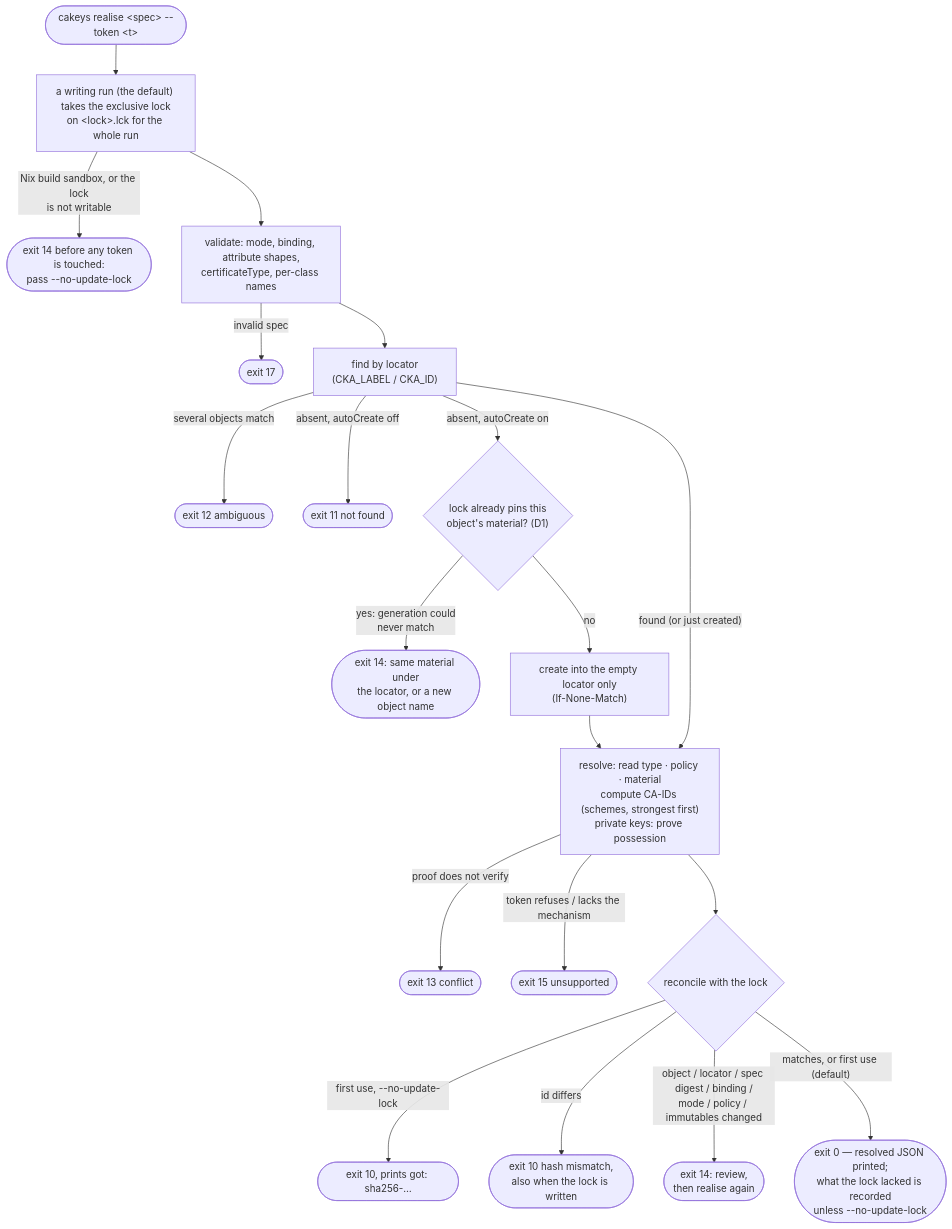
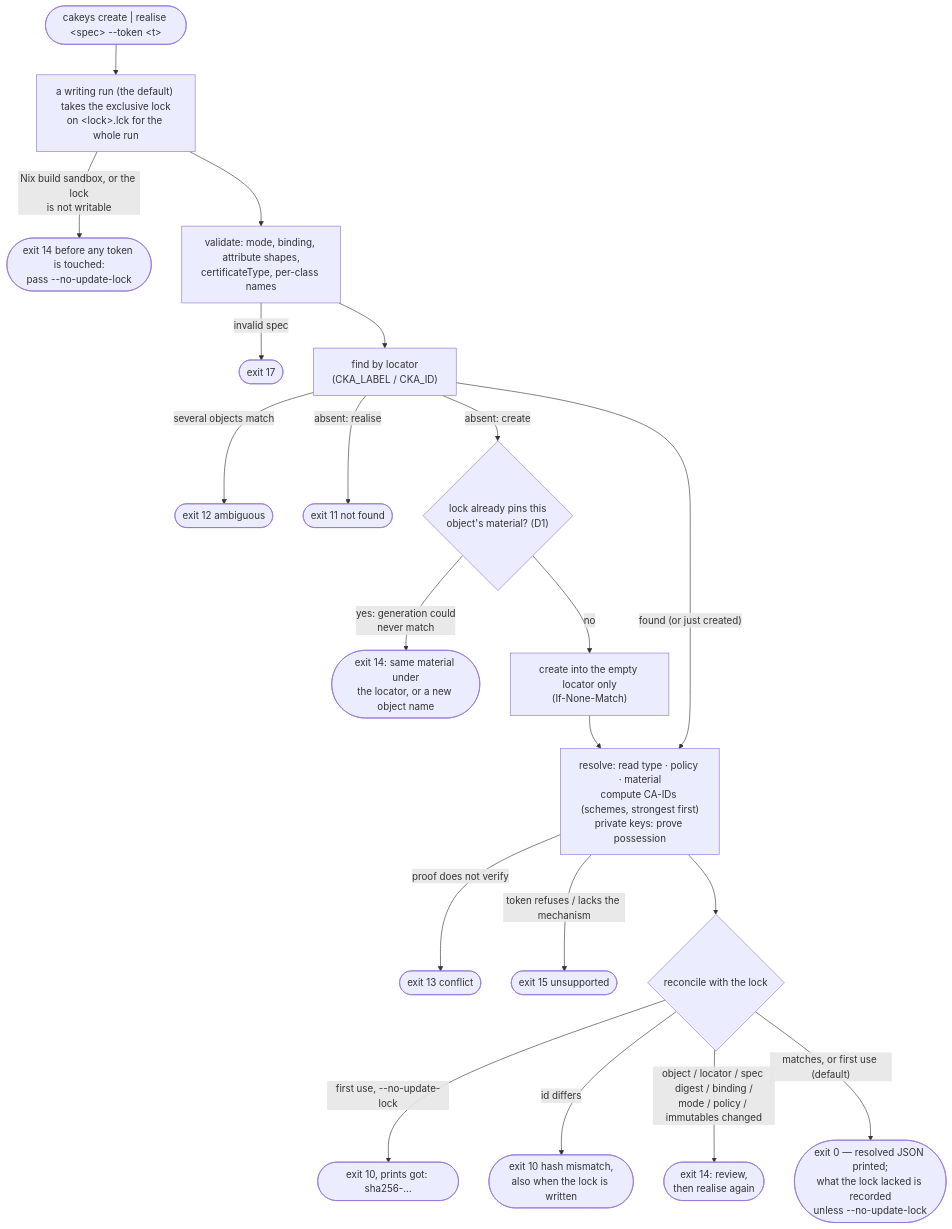
The second of 5 diagrams in docs/diagrams.md (Princemachiavelli/cakeys), drawn with Mermaid before and after one commit. The commit also changed other lines of this file and 32 other files, not shown here.

First line of the commit message:
check is a read; only create makes keys; autoCreate is gone (review V1, V2)

````diff
--- a/docs/diagrams.md
+++ b/docs/diagrams.md
@@ -46,23 +47,23 @@
 ```mermaid
 flowchart TD
-    START(["cakeys realise &lt;spec&gt; --token &lt;t&gt;"]) --> GUARD
+    START(["cakeys create | realise &lt;spec&gt; --token &lt;t&gt;"]) --> GUARD
     GUARD["a writing run (the default) takes the exclusive lock<br/>on &lt;lock&gt;.lck for the whole run"]
     GUARD -- "Nix build sandbox, or the lock<br/>is not writable" --> X14w(["exit 14 before any token is touched:<br/>pass --no-update-lock"])
     GUARD --> VAL["validate: mode, binding, attribute shapes,<br/>certificateType, per-class names"]
     VAL -- "invalid spec" --> X17(["exit 17"])
     VAL --> FIND["find by locator<br/>(CKA_LABEL / CKA_ID)"]
     FIND -- "several objects match" --> X12(["exit 12 ambiguous"])
-    FIND -- "absent, autoCreate off" --> X11(["exit 11 not found"])
-    FIND -- "absent, autoCreate on" --> PIN{"lock already pins this<br/>object's material? (D1)"}
+    FIND -- "absent: realise" --> X11(["exit 11 not found"])
+    FIND -- "absent: create" --> PIN{"lock already pins this<br/>object's material? (D1)"}
     PIN -- "yes: generation could<br/>never match" --> X14b(["exit 14: same material under<br/>the locator, or a new object name"])
     PIN -- no --> CREATE["create into the empty locator only<br/>(If-None-Match)"]
     FIND -- "found (or just created)" --> RESOLVE
     CREATE --> RESOLVE["resolve: read type · policy · material<br/>compute CA-IDs (schemes, strongest first)<br/>private keys: prove possession"]
     RESOLVE -- "proof does not verify" --> X13a(["exit 13 conflict"])
     RESOLVE -- "token refuses / lacks the mechanism" --> X15(["exit 15 unsupported"])
     RESOLVE --> RECONCILE{"reconcile with the lock"}
     RECONCILE -- "first use, --no-update-lock" --> X10(["exit 10, prints got: sha256-…"])
     RECONCILE -- "id differs" --> X10b(["exit 10 hash mismatch,<br/>also when the lock is written"])
     RECONCILE -- "object / locator / spec digest / binding /<br/>mode / policy / immutables changed" --> X14(["exit 14: review,<br/>then realise again"])
     RECONCILE -- "matches, or first use (default)" --> OK(["exit 0 — resolved JSON printed;<br/>what the lock lacked is recorded<br/>unless --no-update-lock"])
 ```
````
